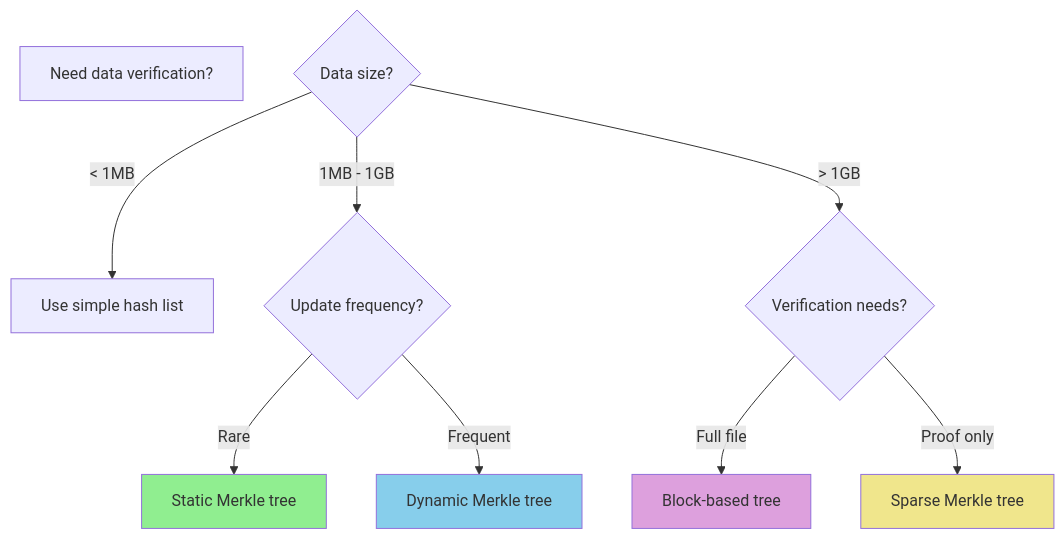
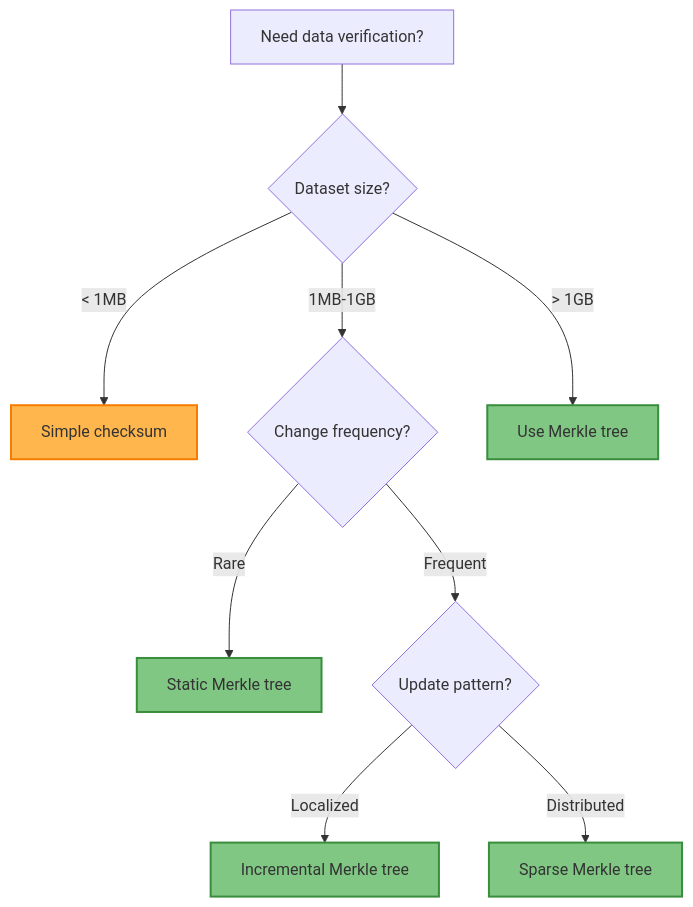
One commit to deepaucksharma/DStudio changed the sixth of 6 diagrams in docs/pattern-library/data-management/merkle-trees.md. Above: the diagram before and after it, drawn with Mermaid. The commit also changed other lines of this file and 23 other files, not shown here.

````diff
--- a/docs/pattern-library/data-management/merkle-trees.md
+++ b/docs/pattern-library/data-management/merkle-trees.md
@@ -683,20 +340,19 @@
 ```mermaid
 graph TD
- Start[Need data verification?]
- Size{Data size?}
- 
- Size -->|< 1MB| Small[Use simple hash list]
- Size -->|1MB - 1GB| Medium{Update frequency?}
- Size -->|> 1GB| Large{Verification needs?}
- 
- Medium -->|Rare| Static[Static Merkle tree]
- Medium -->|Frequent| Dynamic[Dynamic Merkle tree]
- 
- Large -->|Full file| Block[Block-based tree]
- Large -->|Proof only| Sparse[Sparse Merkle tree]
- 
- style Static fill:#90EE90
- style Dynamic fill:#87CEEB
- style Block fill:#DDA0DD
- style Sparse fill:#F0E68C
+    A[Need data verification?] --> B{Dataset size?}
+    B -->|< 1MB| C[Simple checksum]
+    B -->|1MB-1GB| D{Change frequency?}
+    B -->|> 1GB| E[Use Merkle tree]
+    
+    D -->|Rare| F[Static Merkle tree]
+    D -->|Frequent| G{Update pattern?}
+    
+    G -->|Localized| H[Incremental Merkle tree]
+    G -->|Distributed| I[Sparse Merkle tree]
+    
+    classDef recommended fill:#81c784,stroke:#388e3c,stroke-width:2px
+    classDef caution fill:#ffb74d,stroke:#f57c00,stroke-width:2px
+    
+    class E,F,H,I recommended
+    class C caution
 ```
````
